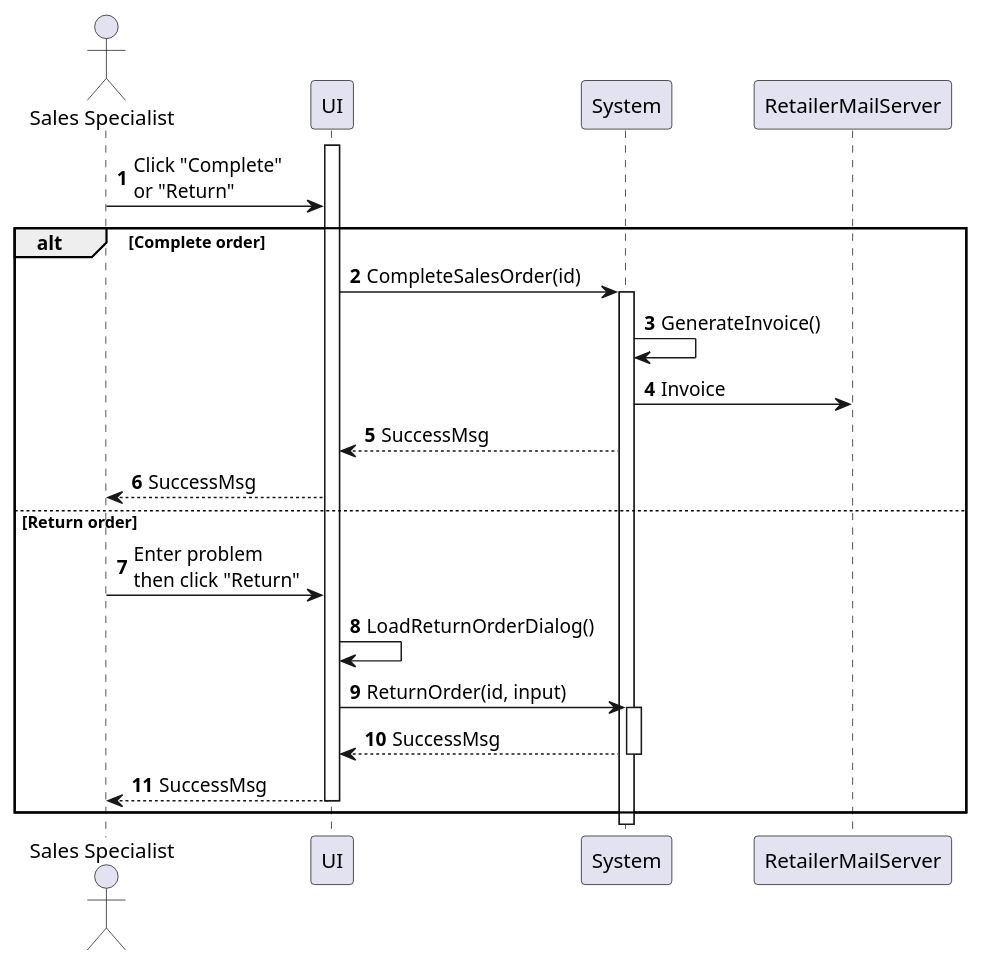
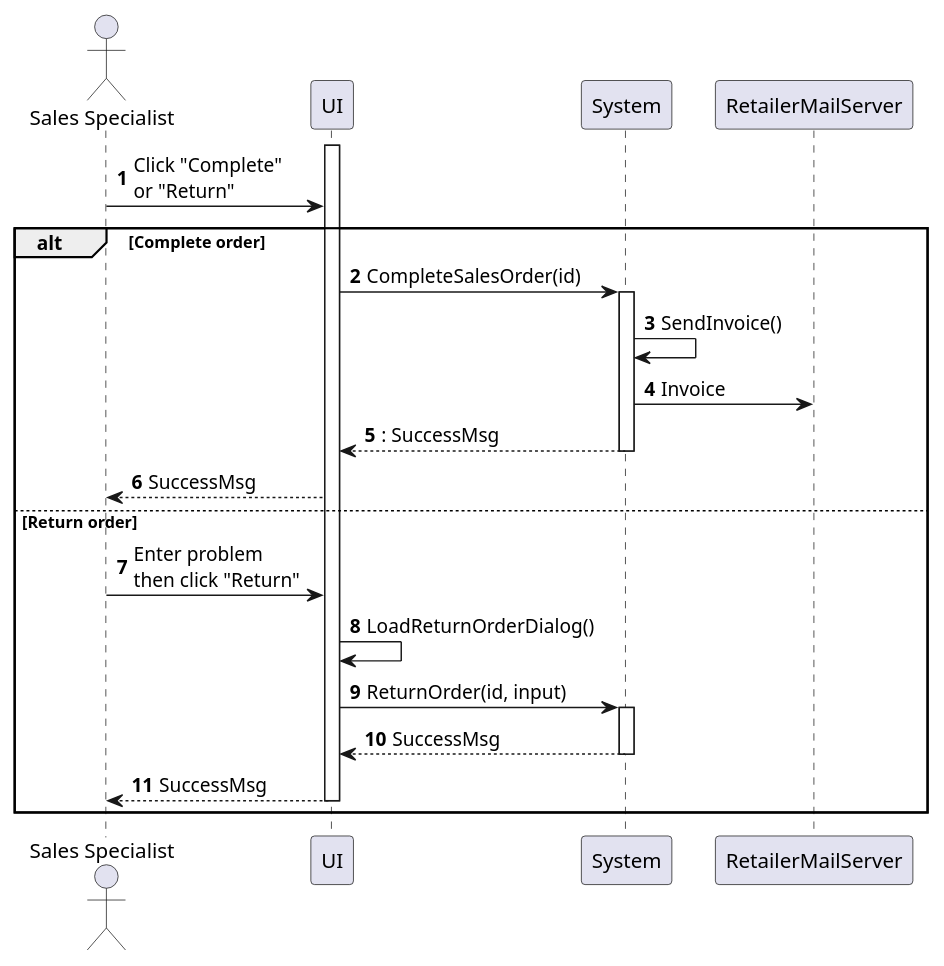
One commit to phihungha/scmss-reqs changed the diagram in sequences/sales-order-complete.plantuml. Above: the diagram before and after it, drawn with PlantUML. The commit also changed 7 other files, not shown here.

```diff
--- a/sequences/sales-order-complete.plantuml
+++ b/sequences/sales-order-complete.plantuml
@@ -1,29 +1,29 @@
 @startuml sales-order-complete
 autonumber
 
 actor "Sales Specialist" as a
 participant UI as f
 participant System as b
 participant RetailerMailServer as c
 
 activate f
 
 a -> f : Click "Complete"\nor "Return"
 
 alt Complete order
     f -> b : CompleteSalesOrder(id)
     activate b
-    b -> b : GenerateInvoice()
+    b -> b : SendInvoice()
     b -> c : Invoice
-    b --> f : SuccessMsg
+    return : SuccessMsg
     f --> a : SuccessMsg
 else Return order
     a -> f : Enter problem\nthen click "Return"
     f -> f : LoadReturnOrderDialog()
     f -> b : ReturnOrder(id, input)
     activate b
     return SuccessMsg
     f --> a : SuccessMsg
     deactivate f
 end
 @enduml
```
